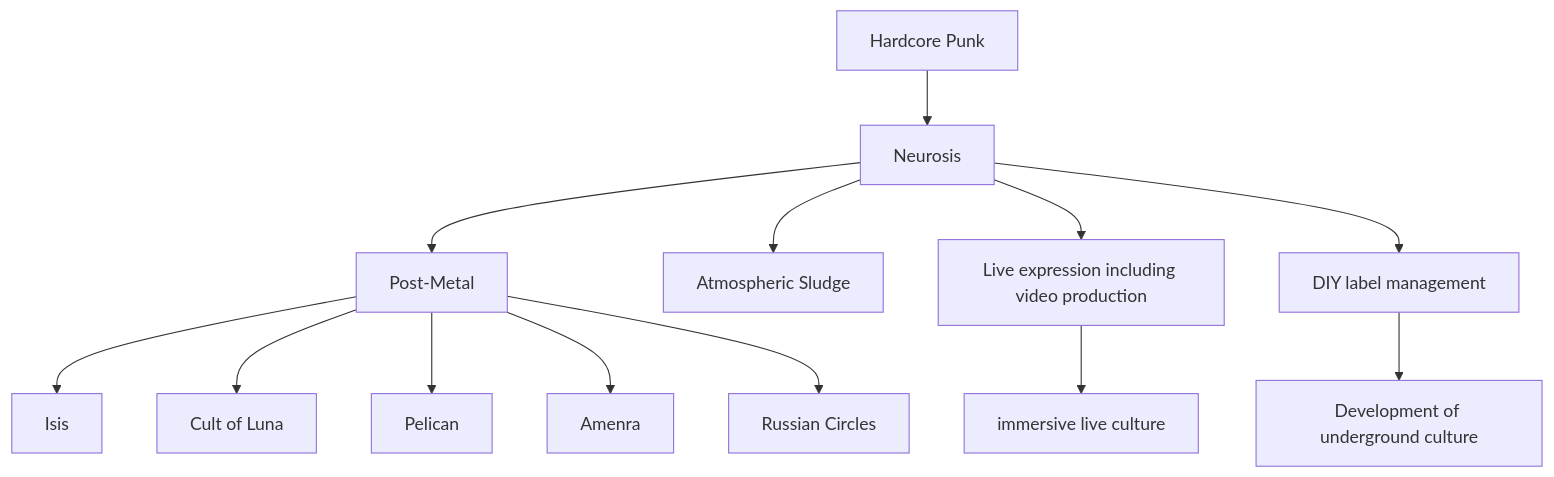
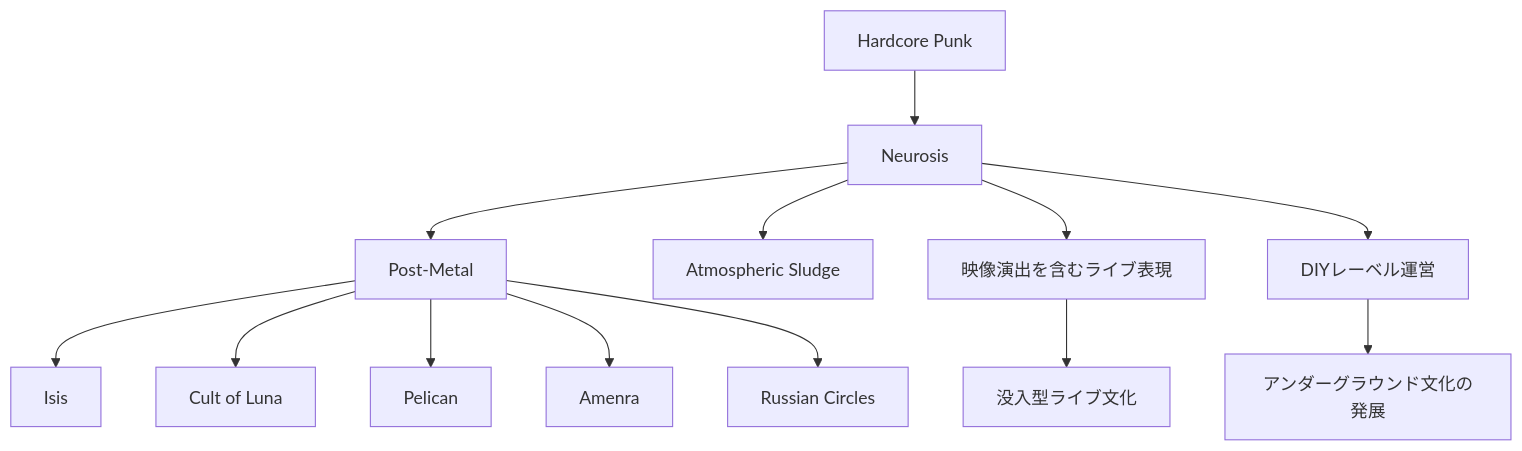
One commit to monumental-movement/monumental-movement.github.io changed the seventh of 7 diagrams in en/_posts/2026-07-18-column-neurosis.md. Above: the diagram before and after it, drawn with Mermaid. The commit also changed other lines of this file and 2196 other files, not shown here.

```diff
--- a/en/_posts/2026-07-18-column-neurosis.md
+++ b/en/_posts/2026-07-18-column-neurosis.md
@@ -1332,40 +1332,40 @@
 <div class="mermaid">
 flowchart TD
 
 A[Hardcore Punk]
 -->B[Neurosis]
 
 B
 -->C[Post-Metal]
 
 B
 -->D[Atmospheric Sludge]
 
 B
--->E[Live expression including video production]
+-->E[映像演出を含むライブ表現]
 
 B
--->F[DIY label management]
+-->F[DIYレーベル運営]
 
 C
 -->G[Isis]
 
 C
 -->H[Cult of Luna]
 
 C
 -->I[Pelican]
 
 C
 -->J[Amenra]
 
 C
 -->K[Russian Circles]
 
 E
--->L[immersive live culture]
+-->L[没入型ライブ文化]
 
 F
--->M[Development of underground culture]
+-->M[アンダーグラウンド文化の発展]
 
 </div>
```
